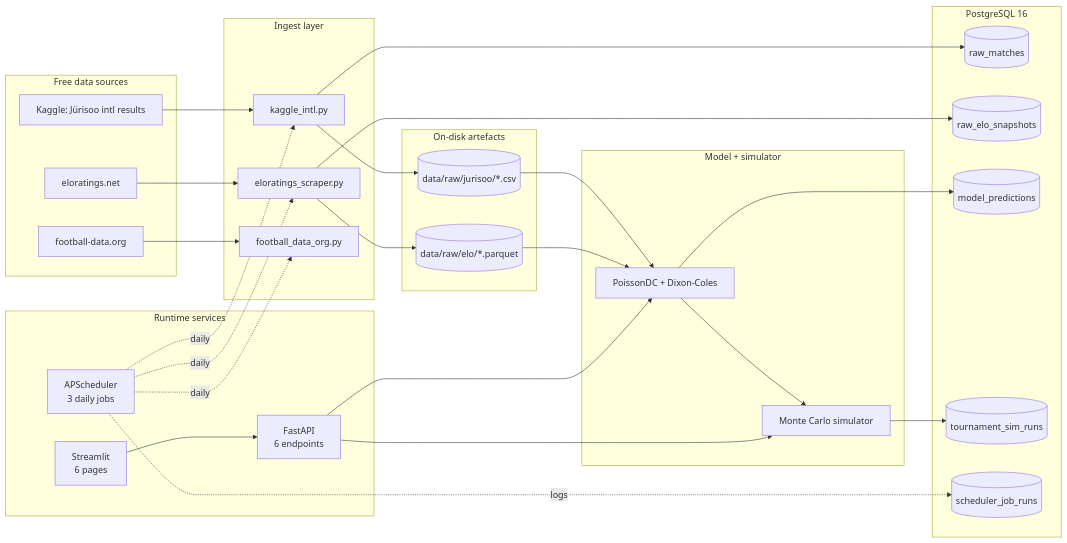
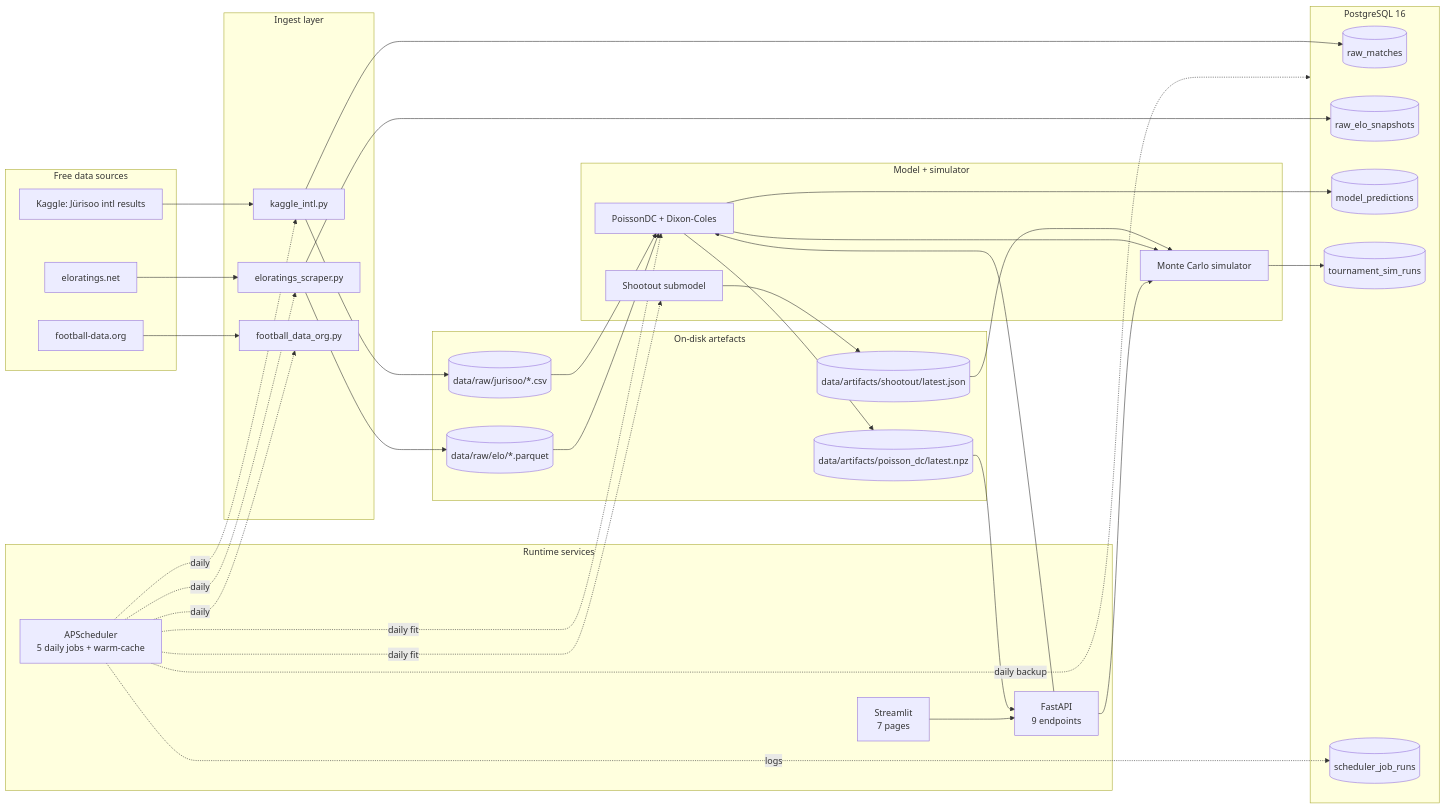
One commit to Nico4899/world_cup_26 changed the first of 2 diagrams in docs/ARCHITECTURE.md. Above: the diagram before and after it, drawn with Mermaid. The commit also changed other lines of this file and 1 other file, not shown here.

Commit message:
Update docs/ARCHITECTURE.md Mermaid + counts + planned modules.

````diff
--- a/docs/ARCHITECTURE.md
+++ b/docs/ARCHITECTURE.md
@@ -7,55 +9,63 @@
 ```mermaid
 flowchart LR
     subgraph SRC[Free data sources]
         K[Kaggle: Jürisoo intl results]
         E[eloratings.net]
         F[football-data.org]
     end
 
     subgraph ING[Ingest layer]
         IK[kaggle_intl.py]
         IE[eloratings_scraper.py]
         IF[football_data_org.py]
     end
 
     subgraph DISK[On-disk artefacts]
         D1[(data/raw/jurisoo/*.csv)]
         D2[(data/raw/elo/*.parquet)]
+        D3[(data/artifacts/poisson_dc/latest.npz)]
+        D4[(data/artifacts/shootout/latest.json)]
     end
 
     subgraph DB[PostgreSQL 16]
         T1[(raw_matches)]
         T2[(raw_elo_snapshots)]
         T3[(model_predictions)]
         T4[(tournament_sim_runs)]
         T5[(scheduler_job_runs)]
     end
 
     subgraph ML[Model + simulator]
         M[PoissonDC + Dixon-Coles]
+        Sh[Shootout submodel]
         S[Monte Carlo simulator]
     end
 
     subgraph SVC[Runtime services]
-        SCH[APScheduler<br/>3 daily jobs]
-        API[FastAPI<br/>6 endpoints]
-        UI[Streamlit<br/>6 pages]
+        SCH[APScheduler<br/>5 daily jobs + warm-cache]
+        API[FastAPI<br/>9 endpoints]
+        UI[Streamlit<br/>7 pages]
     end
 
     K --> IK --> D1
     E --> IE --> D2
     F --> IF
     IK --> T1
     IE --> T2
     SCH -.daily.-> IK & IE & IF
+    SCH -.daily fit.-> M --> D3
+    SCH -.daily fit.-> Sh --> D4
+    SCH -.daily backup.-> DB
     SCH -.logs.-> T5
 
     D1 --> M
     D2 --> M
+    D3 --> API
+    D4 --> S
     M --> S
     M --> T3
     S --> T4
     API --> M
     API --> S
     UI --> API
 ```
````
